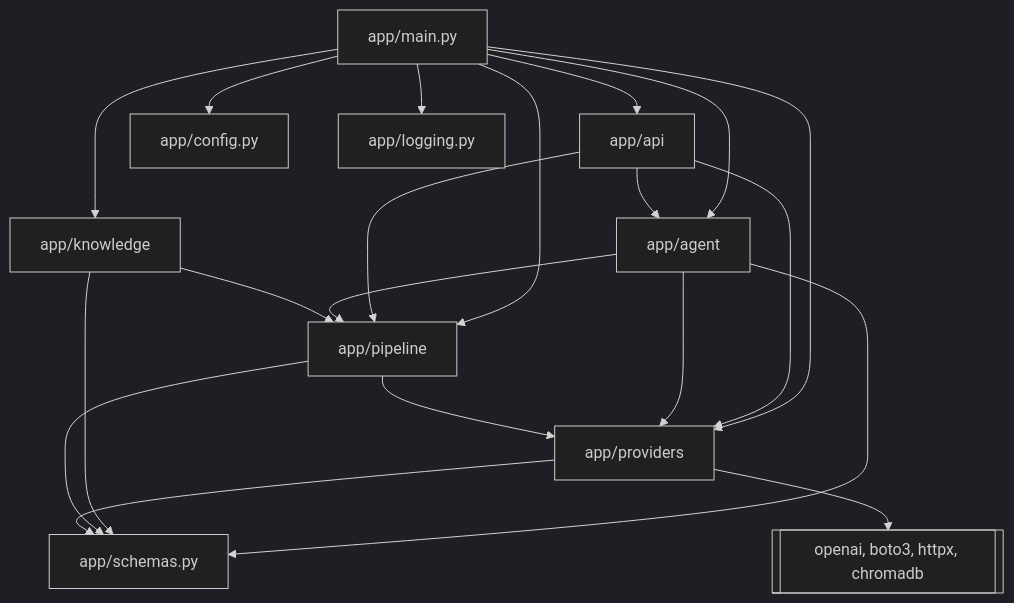
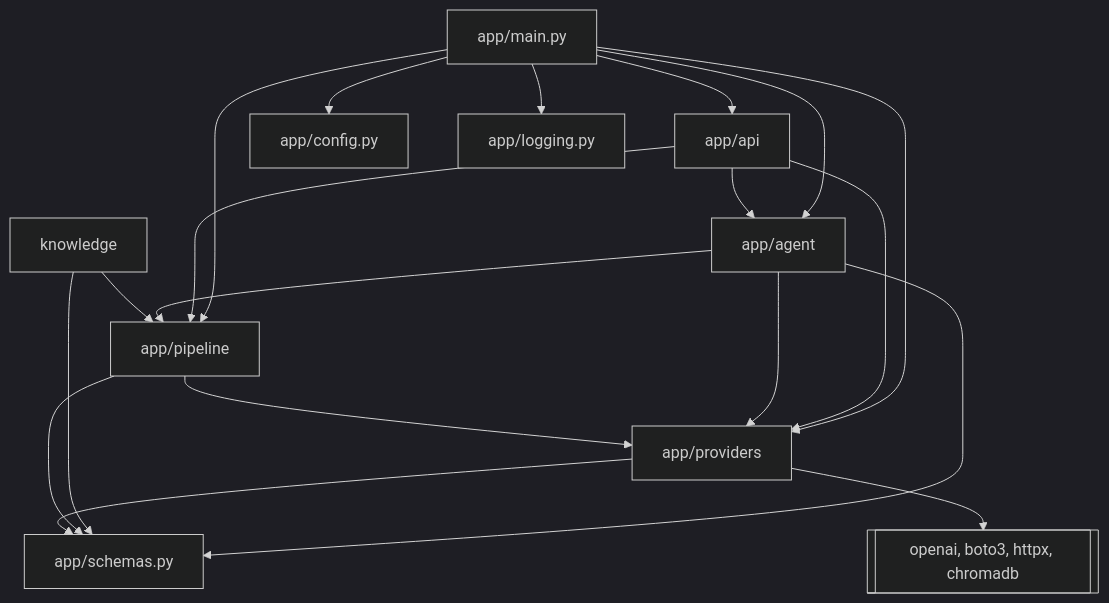
Before and after one commit to monitus2022/owl-online: the second of 6 diagrams in docs/architecture.md, drawn with Mermaid (dark theme). The commit also changed other lines of this file and 13 other files, not shown here.

````diff
--- a/docs/architecture.md
+++ b/docs/architecture.md
@@ -168,22 +168,21 @@
 ```mermaid
 flowchart TD
   main[app/main.py] --> api[app/api]
   main --> agent[app/agent]
-  main --> knowledge[app/knowledge]
   main --> pipeline[app/pipeline]
   main --> providers[app/providers]
   main --> config[app/config.py]
   main --> log[app/logging.py]
   api --> agent
   api --> pipeline
   api --> providers
   agent --> pipeline
   agent --> providers
   agent --> schemas
   knowledge --> pipeline
   knowledge --> schemas
   pipeline --> providers
   pipeline --> schemas[app/schemas.py]
   providers --> schemas
   providers --> sdk[[openai, boto3, httpx, chromadb]]
 ```
````
